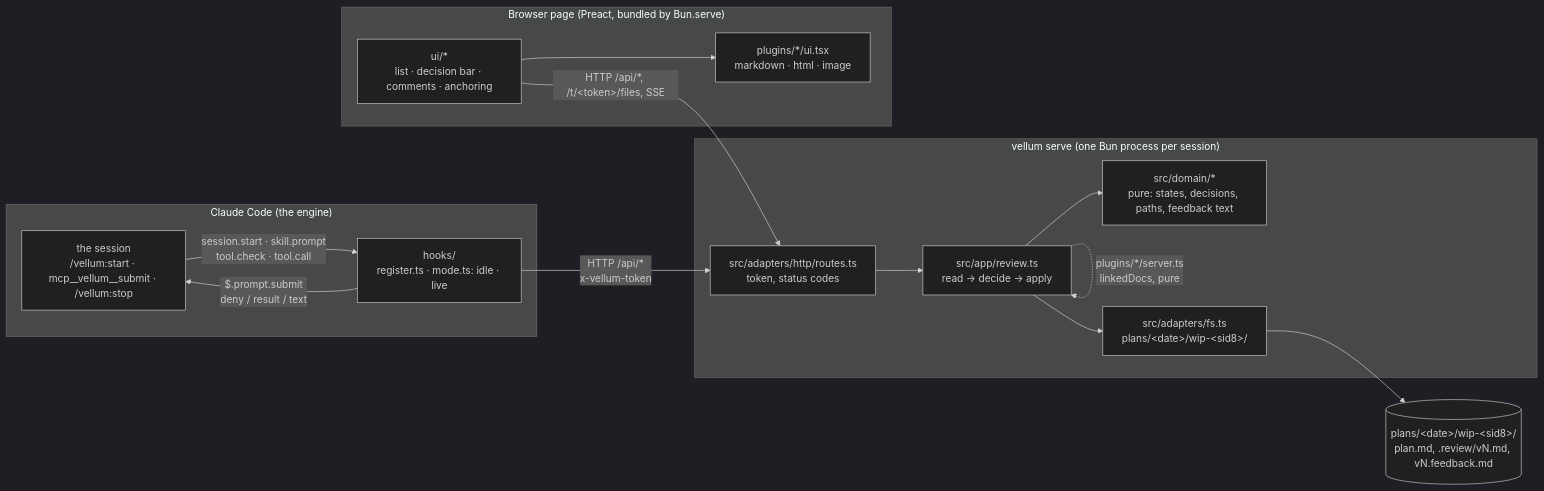
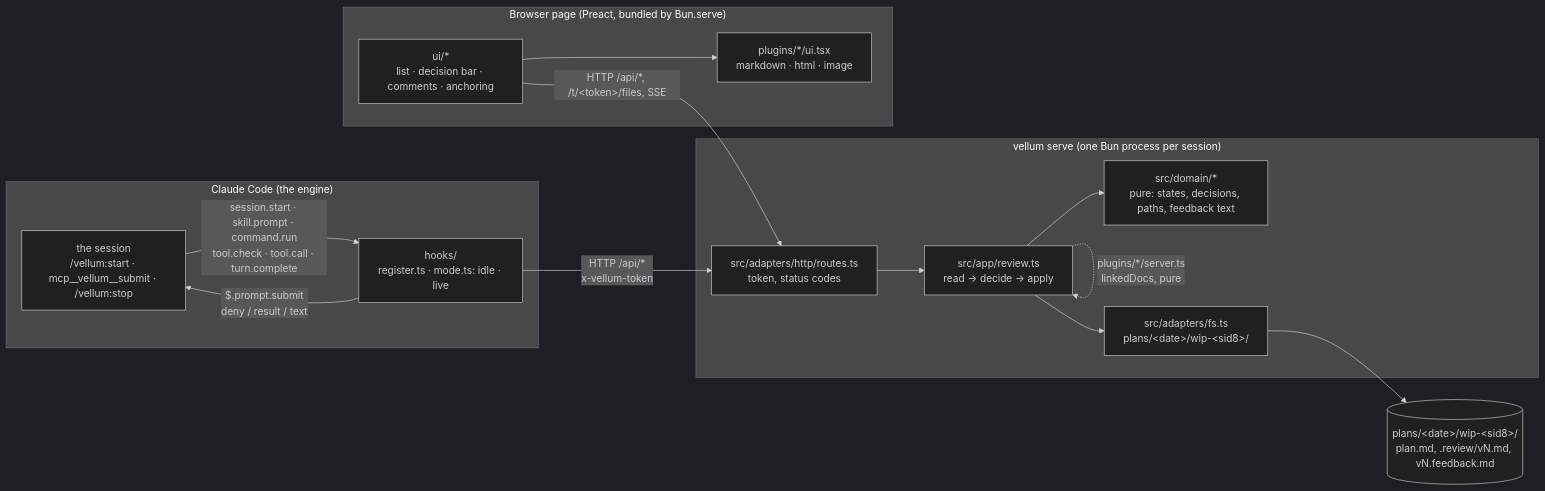
One commit to DYNOSuprovo/claude-code-plugins changed the first of 4 diagrams in vellum/docs/architecture.md. Above: the diagram before and after it, drawn with Mermaid (dark theme). The commit also changed other lines of this file and 15 other files, not shown here.

````diff
--- a/vellum/docs/architecture.md
+++ b/vellum/docs/architecture.md
@@ -10,27 +10,27 @@
 ```mermaid
 flowchart LR
   subgraph engine["Claude Code (the engine)"]
     CC["the session<br/>/vellum:start · mcp__vellum__submit · /vellum:stop"]
     M["hooks/<br/>register.ts · mode.ts: idle · live"]
-    CC -- "session.start · skill.prompt<br/>tool.check · tool.call" --> M
+    CC -- "session.start · skill.prompt · command.run<br/>tool.check · tool.call · turn.complete" --> M
     M -- "$.prompt.submit<br/>deny / result / text" --> CC
   end
   subgraph server["vellum serve (one Bun process per session)"]
     R["src/adapters/http/routes.ts<br/>token, status codes"]
     A["src/app/review.ts<br/>read → decide → apply"]
     T["src/domain/*<br/>pure: states, decisions, paths, feedback text"]
     W["src/adapters/fs.ts<br/>plans/&lt;date&gt;/wip-&lt;sid8&gt;/"]
     R --> A --> T
     A --> W
   end
   subgraph page["Browser page (Preact, bundled by Bun.serve)"]
     U["ui/*<br/>list · decision bar · comments · anchoring"]
     P["plugins/*/ui.tsx<br/>markdown · html · image"]
     U --> P
   end
   M -- "HTTP /api/*<br/>x-vellum-token" --> R
   U -- "HTTP /api/*, /t/&lt;token&gt;/files, SSE" --> R
   A -. "plugins/*/server.ts<br/>linkedDocs, pure" .-> A
   F[("plans/&lt;date&gt;/wip-&lt;sid8&gt;/<br/>plan.md, .review/vN.md, vN.feedback.md")]
   W --> F
 ```
````
